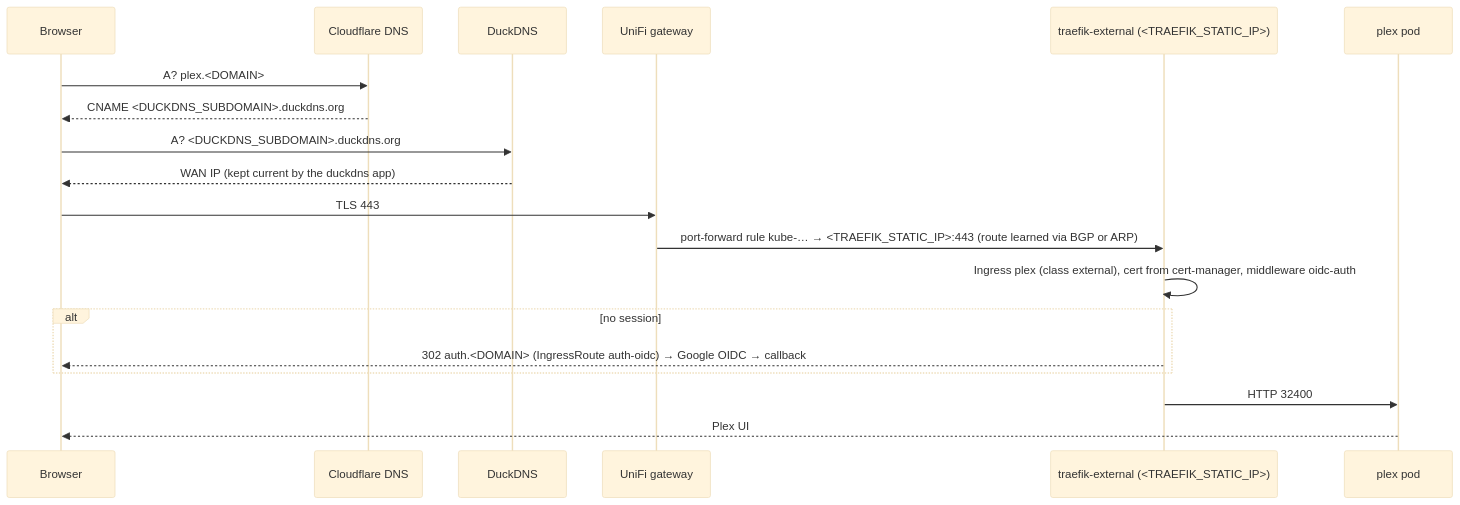
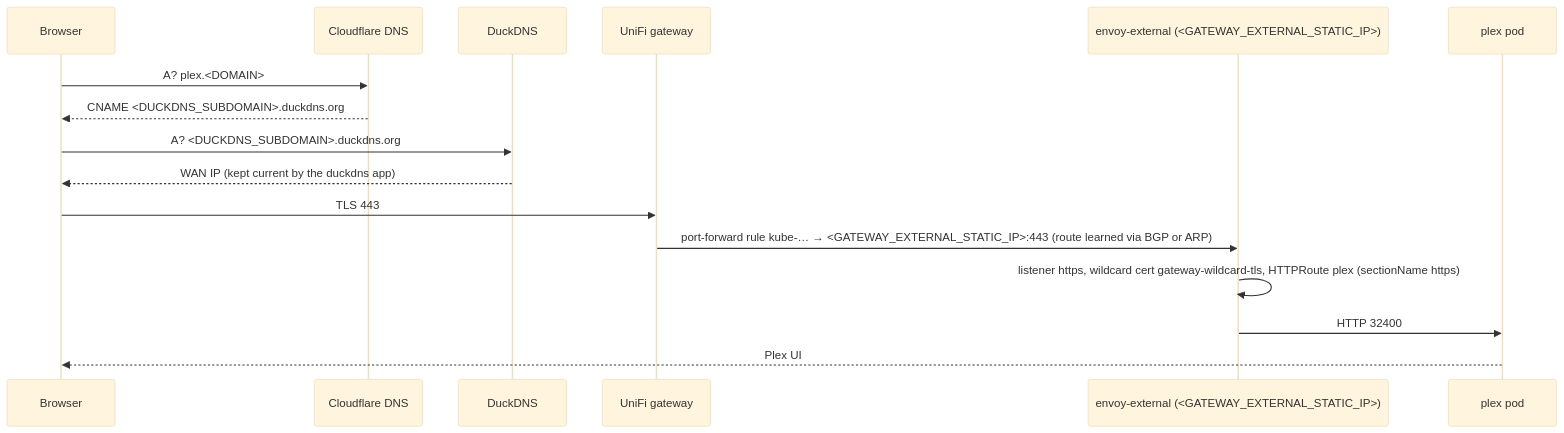
The third of 4 diagrams in docs/networking.md (ryanmcafee/homelab), drawn with Mermaid (base theme) before and after one commit. The commit also changed other lines of this file and 281 other files, not shown here.

````diff
--- a/docs/networking.md
+++ b/docs/networking.md
@@ -225,21 +325,18 @@
 ```mermaid
 sequenceDiagram
   participant B as Browser
   participant CF as Cloudflare DNS
   participant DD as DuckDNS
   participant GW as UniFi gateway
-  participant TE as traefik-external (<TRAEFIK_STATIC_IP>)
+  participant TE as envoy-external (<GATEWAY_EXTERNAL_STATIC_IP>)
   participant P as plex pod
   B->>CF: A? plex.<DOMAIN>
   CF-->>B: CNAME <DUCKDNS_SUBDOMAIN>.duckdns.org
   B->>DD: A? <DUCKDNS_SUBDOMAIN>.duckdns.org
   DD-->>B: WAN IP (kept current by the duckdns app)
   B->>GW: TLS 443
-  GW->>TE: port-forward rule kube-… → <TRAEFIK_STATIC_IP>:443 (route learned via BGP or ARP)
-  TE->>TE: Ingress plex (class external), cert from cert-manager, middleware oidc-auth
-  alt no session
-    TE-->>B: 302 auth.<DOMAIN> (IngressRoute auth-oidc) → Google OIDC → callback
-  end
+  GW->>TE: port-forward rule kube-… → <GATEWAY_EXTERNAL_STATIC_IP>:443 (route learned via BGP or ARP)
+  TE->>TE: listener https, wildcard cert gateway-wildcard-tls, HTTPRoute plex (sectionName https)
   TE->>P: HTTP 32400
   P-->>B: Plex UI
 ```
````
